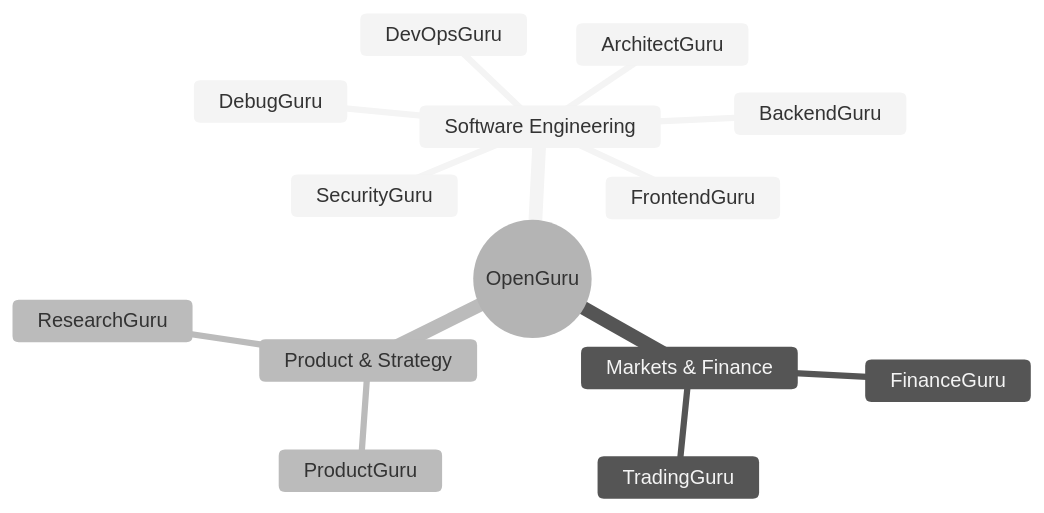
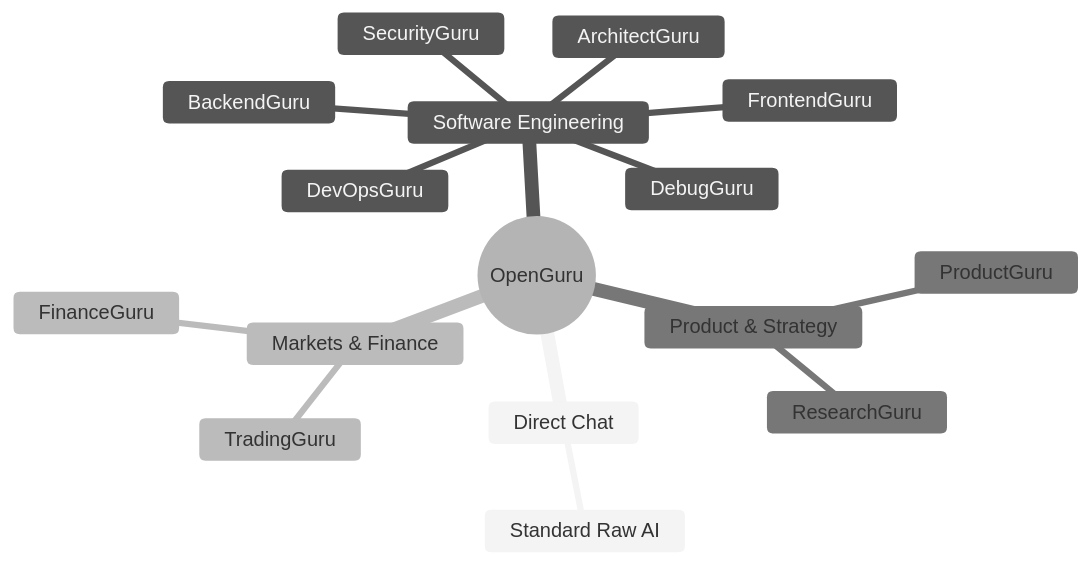
Before and after one commit to nio-labs/nio-guru: the first of 2 diagrams in README.md, drawn with Mermaid (neutral theme). The commit also changed other lines of this file and 1 other file, not shown here.

Commit message:
feat(spec): add Direct Chat as default unfiltered option pinned to top

````diff
--- a/README.md
+++ b/README.md
@@ -26,17 +26,19 @@
 ```mermaid
 mindmap
   root((OpenGuru))
+    Direct Chat
+      Standard Raw AI
     Software Engineering
       FrontendGuru
       BackendGuru
       ArchitectGuru
       DevOpsGuru
       SecurityGuru
       DebugGuru
     Markets & Finance
       TradingGuru
       FinanceGuru
     Product & Strategy
       ProductGuru
       ResearchGuru
 ```
````
